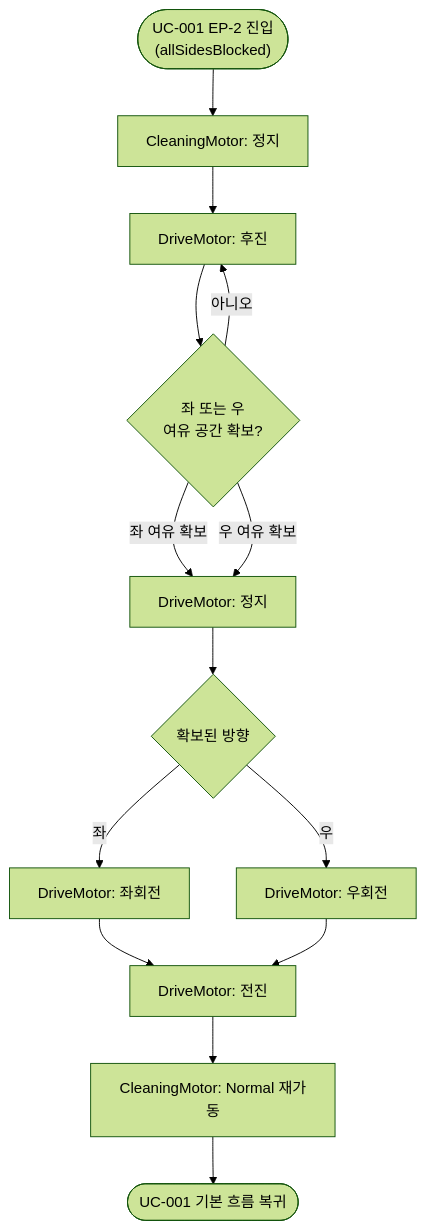
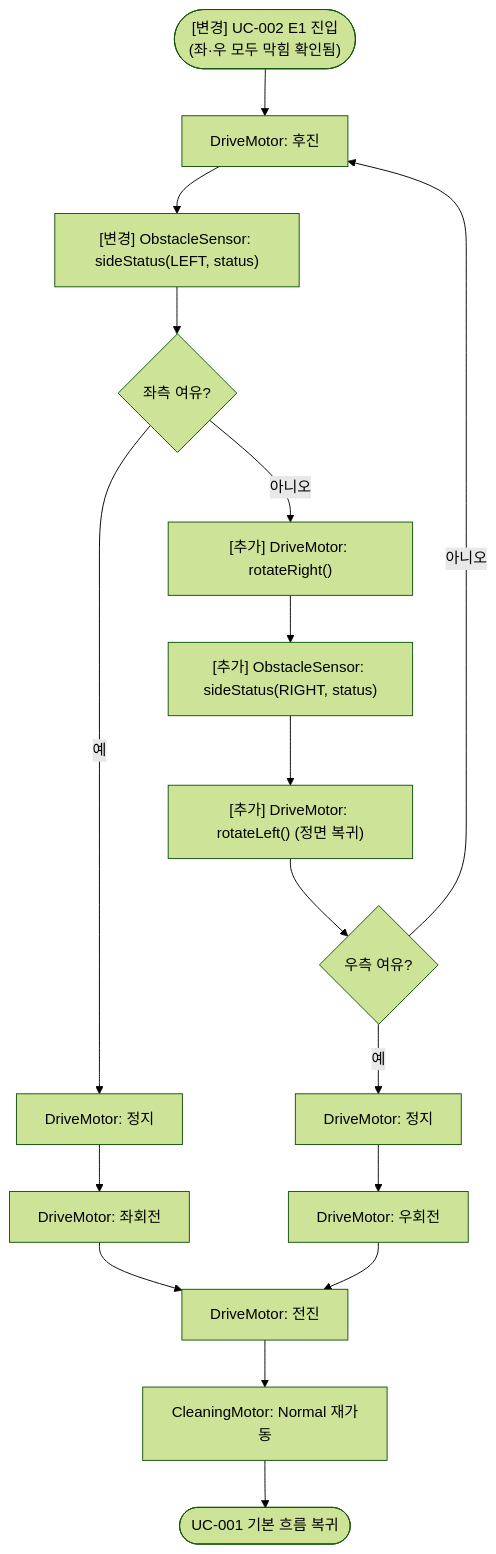
The diagram in arch/usecases/UC-003.md (Jae-ah/RVC-CONTROLLER), drawn with Mermaid (forest theme) before and after one commit. The commit also changed other lines of this file and 32 other files, not shown here.

````diff
--- a/arch/usecases/UC-003.md
+++ b/arch/usecases/UC-003.md
@@ -42,17 +44,20 @@
 ```mermaid
 flowchart TD
-    Trigger(["UC-001 EP-2 진입<br/>(allSidesBlocked)"])
-    Trigger --> A[CleaningMotor: 정지]
-    A --> B[DriveMotor: 후진]
-    B --> C{좌 또는 우<br/>여유 공간 확보?}
-    C -- 아니오 --> B
-    C -- 좌 여유 확보 --> D[DriveMotor: 정지]
-    C -- 우 여유 확보 --> D
-    D --> E{확보된 방향}
-    E -- 좌 --> F[DriveMotor: 좌회전]
-    E -- 우 --> G[DriveMotor: 우회전]
-    F --> H[DriveMotor: 전진]
-    G --> H
-    H --> I[CleaningMotor: Normal 재가동]
-    I --> Return(["UC-001 기본 흐름 복귀"])
+    Trigger(["[변경] UC-002 E1 진입<br/>(좌·우 모두 막힘 확인됨)"])
+    Trigger --> B[DriveMotor: 후진]
+    B --> C["[변경] ObstacleSensor: sideStatus(LEFT, status)"]
+    C --> D{좌측 여유?}
+    D -- 예 --> StopL[DriveMotor: 정지]
+    StopL --> F[DriveMotor: 좌회전]
+    D -- 아니오 --> E["[추가] DriveMotor: rotateRight()"]
+    E --> G["[추가] ObstacleSensor: sideStatus(RIGHT, status)"]
+    G --> GL["[추가] DriveMotor: rotateLeft() (정면 복귀)"]
+    GL --> H{우측 여유?}
+    H -- 예 --> StopR[DriveMotor: 정지]
+    StopR --> I[DriveMotor: 우회전]
+    H -- 아니오 --> B
+    F --> J[DriveMotor: 전진]
+    I --> J
+    J --> K[CleaningMotor: Normal 재가동]
+    K --> Return(["UC-001 기본 흐름 복귀"])
 ```
````
